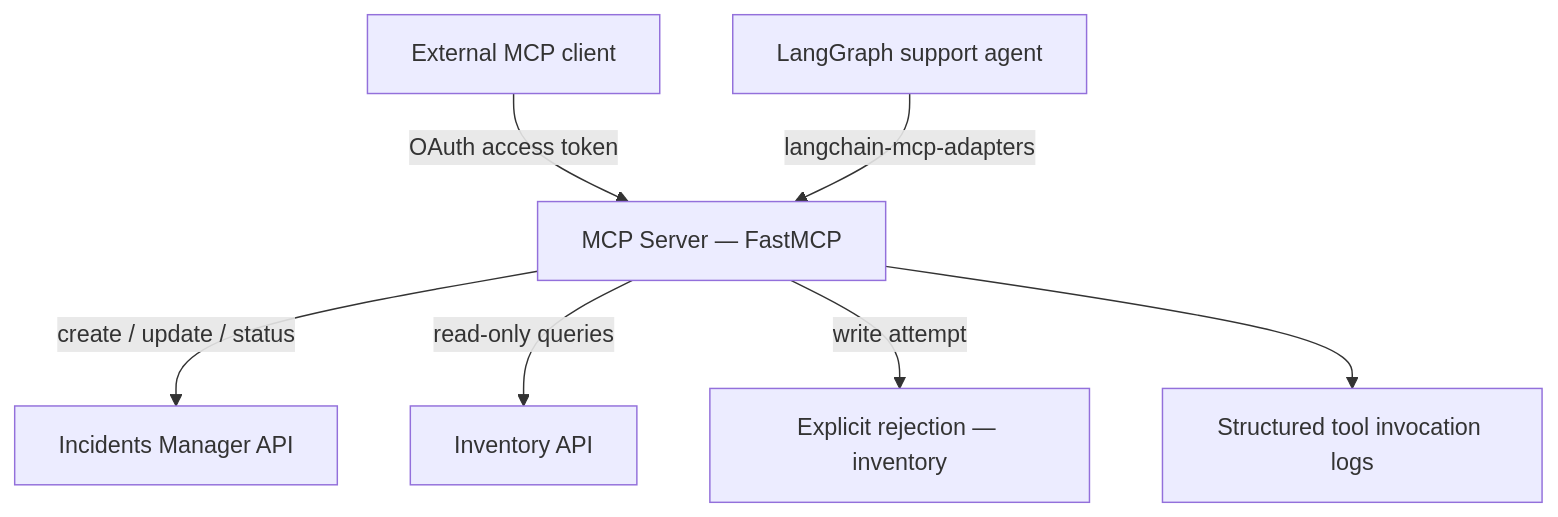
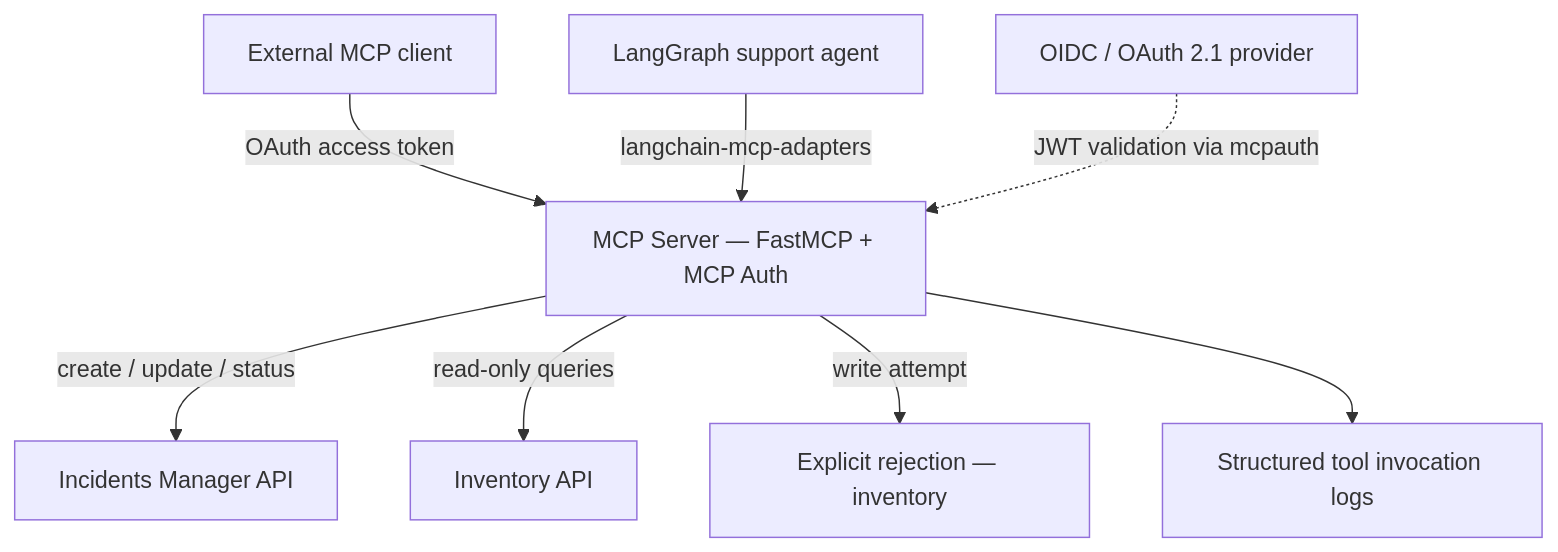
The diagram in content/projects/ai-eng-mcp-company-tools/.learn/solution/README.md (4GeeksAcademy/ai-engineering-syllabus), drawn with Mermaid before and after one commit. The commit also changed other lines of this file and 5 other files, not shown here.

Commit message:
Suggest using mcpauth in MCP project

````diff
--- a/content/projects/ai-eng-mcp-company-tools/.learn/solution/README.md
+++ b/content/projects/ai-eng-mcp-company-tools/.learn/solution/README.md
@@ -9,9 +9,10 @@
 ```mermaid
 flowchart TD
-  EXT[External MCP client] -->|OAuth access token| MCP[MCP Server — FastMCP]
+  EXT[External MCP client] -->|OAuth access token| MCP[MCP Server — FastMCP + MCP Auth]
   AGENT[LangGraph support agent] -->|langchain-mcp-adapters| MCP
   MCP -->|create / update / status| INC[Incidents Manager API]
   MCP -->|read-only queries| INV[Inventory API]
   MCP -->|write attempt| DENY[Explicit rejection — inventory]
   MCP --> LOG[Structured tool invocation logs]
+  AUTH[OIDC / OAuth 2.1 provider] -.->|JWT validation via mcpauth| MCP
 ```
````
